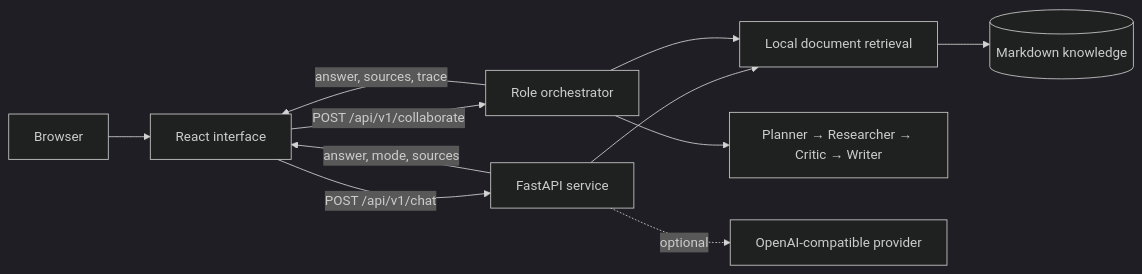
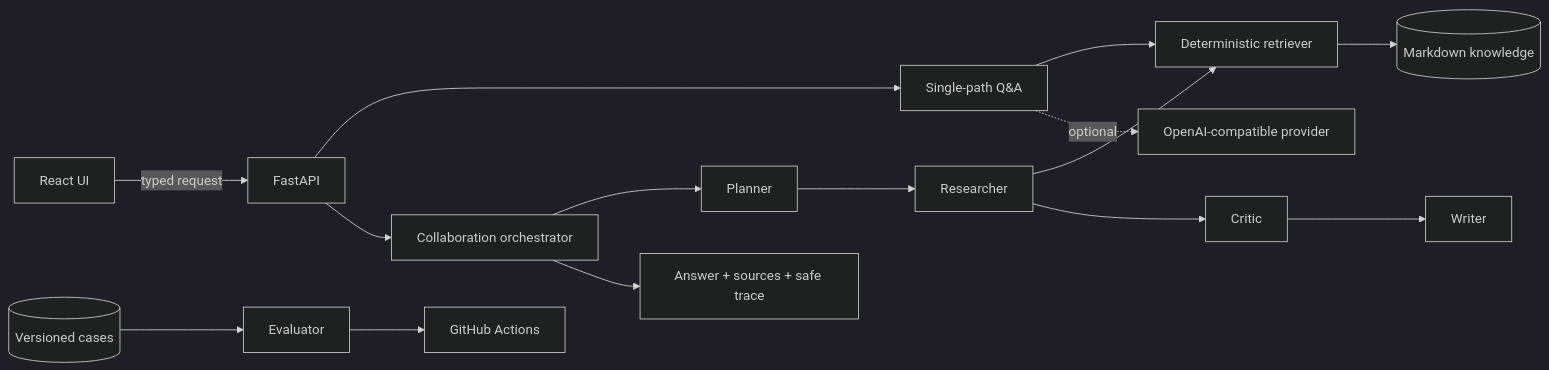
The diagram in README.md (jzjzzzzzzz/agent-me), drawn with Mermaid (dark theme) before and after one commit. The commit also changed other lines of this file and 26 other files, not shown here.

````diff
--- a/README.md
+++ b/README.md
@@ -53,13 +101,17 @@
-~~~mermaid
+```mermaid
 flowchart LR
-  User[Browser] --> Web[React interface]
-  Web -->|POST /api/v1/chat| API[FastAPI service]
-  Web -->|POST /api/v1/collaborate| Flow[Role orchestrator]
-  API --> Search[Local document retrieval]
-  Flow --> Search
-  Flow --> Roles[Planner → Researcher → Critic → Writer]
+  Browser[React UI] -->|typed request| API[FastAPI]
+  API --> Chat[Single-path Q&A]
+  API --> Flow[Collaboration orchestrator]
+  Chat --> Search[Deterministic retriever]
+  Flow --> P[Planner]
+  P --> R[Researcher]
+  R --> Search
+  R --> C[Critic]
+  C --> W[Writer]
   Search --> Docs[(Markdown knowledge)]
-  API -. optional .-> Provider[OpenAI-compatible provider]
-  API -->|answer, mode, sources| Web
-  Flow -->|answer, sources, trace| Web
-~~~
+  Chat -. optional .-> Provider[OpenAI-compatible provider]
+  Flow --> Trace[Answer + sources + safe trace]
+  Cases[(Versioned cases)] --> Eval[Evaluator]
+  Eval --> CI[GitHub Actions]
+```
````
